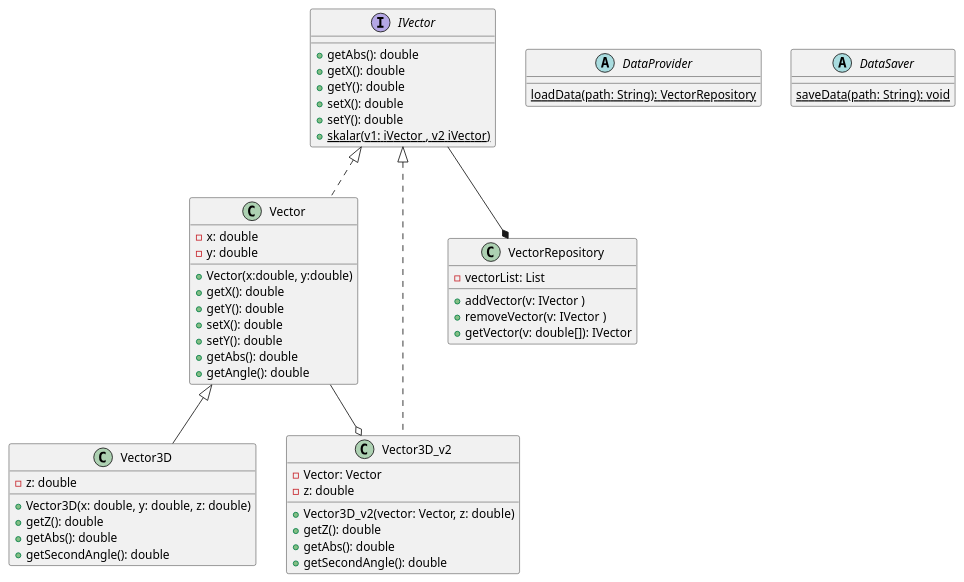
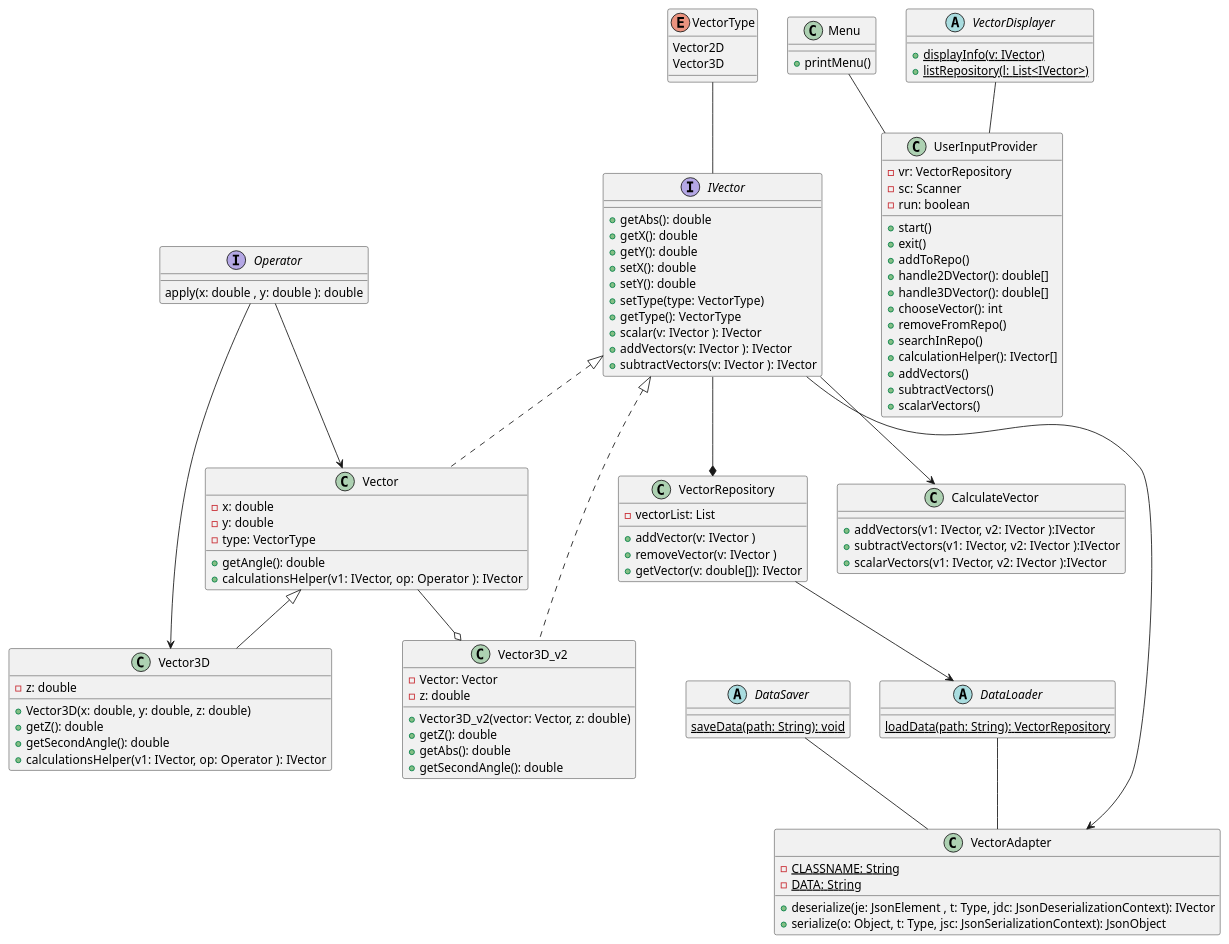
The diagram in to/Vector/doc/vector.puml (sebekxp/studies), drawn with PlantUML before and after one commit. The commit also changed other lines of this file and 9 other files, not shown here.

```diff
--- a/to/Vector/doc/vector.puml
+++ b/to/Vector/doc/vector.puml
@@ -1,56 +1,110 @@
 @startuml
 class Vector implements IVector {
 
     -x: double
     -y: double
-
-    + Vector(x:double, y:double)
-    + getX(): double
-    + getY(): double
-    + setX(): double
-    + setY(): double
-    + getAbs(): double
+    - type: VectorType
     + getAngle(): double
+    + calculationsHelper(v1: IVector, op: Operator ):  IVector
 }
+Operator --> Vector
+Operator --> Vector3D
 interface IVector {
     + getAbs(): double
     + getX(): double
     + getY(): double
     + setX(): double
     + setY(): double
-    + {static} skalar(v1: iVector , v2 iVector)
+    + setType(type: VectorType)
+    + getType(): VectorType
+    + scalar(v: IVector ): IVector
+    + addVectors(v: IVector ): IVector
+    + subtractVectors(v: IVector ): IVector
 }
 
 class Vector3D extends Vector{
     - z: double
 
     + Vector3D(x: double, y: double, z: double)
     + getZ(): double
-    + getAbs(): double
     + getSecondAngle(): double
+    + calculationsHelper(v1: IVector, op: Operator ):  IVector
 }
 class Vector3D_v2 implements IVector {
     - Vector: Vector
     - z: double
 
     + Vector3D_v2(vector: Vector, z: double)
     + getZ(): double
     + getAbs(): double
     + getSecondAngle(): double
 }
 Vector --o Vector3D_v2
 IVector --* VectorRepository
 
 class VectorRepository {
     - vectorList: List
     + addVector(v: IVector )
     + removeVector(v: IVector )
     + getVector(v: double[]): IVector
 }
-abstract class DataProvider {
+abstract class DataLoader {
     {static} loadData(path: String): VectorRepository
 }
 abstract class DataSaver {
     {static} saveData(path: String): void
 }
+
+class CalculateVector {
+    +addVectors(v1: IVector, v2: IVector ):IVector
+    +subtractVectors(v1: IVector, v2: IVector ):IVector
+    +scalarVectors(v1: IVector, v2: IVector ):IVector
+}
+IVector --> CalculateVector
+
+class VectorAdapter {
+ - {static} CLASSNAME: String
+ - {static} DATA: String
+ +deserialize(je: JsonElement , t: Type, jdc: JsonDeserializationContext): IVector
+ +serialize(o: Object, t: Type, jsc: JsonSerializationContext): JsonObject
+}
+IVector --> VectorAdapter
+class Menu{
++printMenu()
+}
+class UserInputProvider {
+    - vr: VectorRepository
+    - sc: Scanner
+    - run: boolean
+
+    +start()
+    +exit()
+    +addToRepo()
+    +handle2DVector(): double[]
+    +handle3DVector(): double[]
+    +chooseVector(): int
+    +removeFromRepo()
+    +searchInRepo()
+    +calculationHelper(): IVector[]
+    +addVectors()
+    +subtractVectors()
+    +scalarVectors()
+}
+abstract class VectorDisplayer {
++{static} displayInfo(v: IVector)
++{static} listRepository(l: List<IVector>)
+}
+enum VectorType {
+    Vector2D
+    Vector3D
+}
+interface Operator {
+  apply(x: double , y: double ): double
+}
+Menu -- UserInputProvider
+VectorType -- IVector
+VectorDisplayer -- UserInputProvider
+DataLoader -- VectorAdapter
+DataSaver -- VectorAdapter
+VectorRepository --> DataLoader
 @enduml
```
